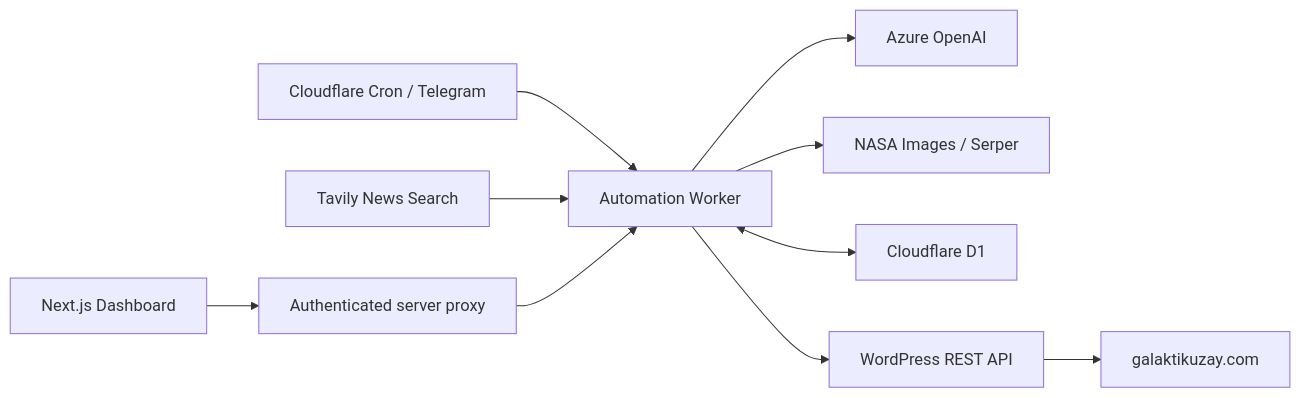
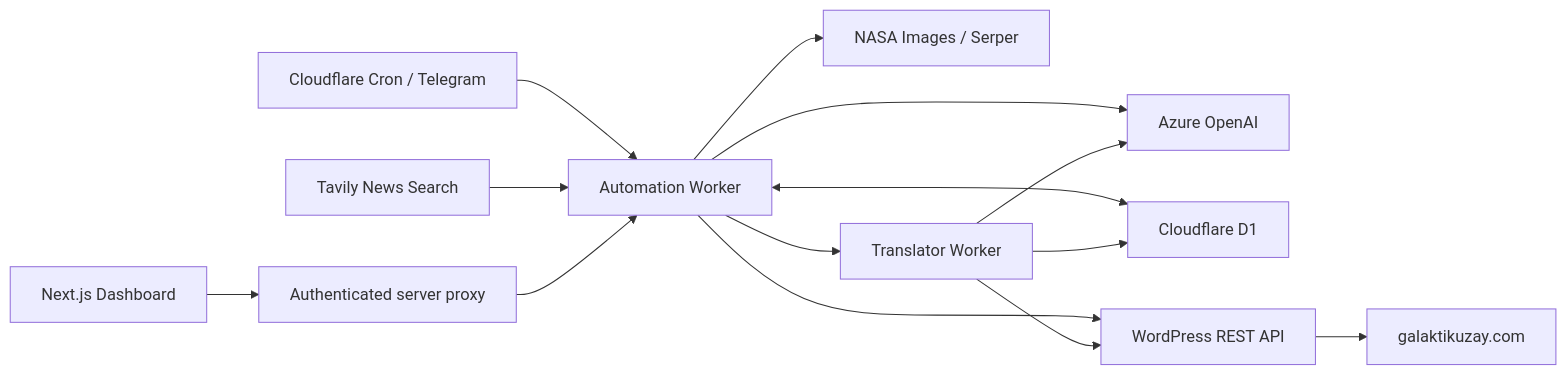
Before and after one commit to ozguradmin/galaktikuzay: the diagram in README.md, drawn with Mermaid. The commit also changed other lines of this file and 20 other files, not shown here.

````diff
--- a/README.md
+++ b/README.md
@@ -36,12 +41,16 @@
 ```mermaid
 flowchart LR
     Cron["Cloudflare Cron / Telegram"] --> Worker["Automation Worker"]
     Tavily["Tavily News Search"] --> Worker
     Worker --> Azure["Azure OpenAI"]
     Worker --> Images["NASA Images / Serper"]
     Worker <--> D1["Cloudflare D1"]
     Worker --> WP["WordPress REST API"]
+    Worker --> Translator["Translator Worker"]
+    Translator --> Azure
+    Translator --> WP
+    Translator --> D1
     WP --> Site["galaktikuzay.com"]
     Dashboard["Next.js Dashboard"] --> Proxy["Authenticated server proxy"]
     Proxy --> Worker
 ```
````
